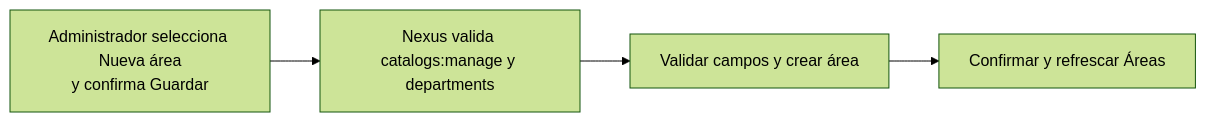
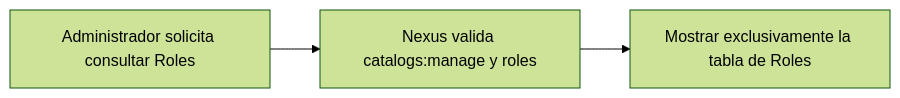
The diagram in docs/requirements/diagrams/catalogs/cu-cat-28.md (gpgsistemas01/nexus), drawn with Mermaid (forest theme) before and after one commit. The commit also changed other lines of this file and 207 other files, not shown here.

````diff
--- a/docs/requirements/diagrams/catalogs/cu-cat-28.md
+++ b/docs/requirements/diagrams/catalogs/cu-cat-28.md
@@ -3,6 +3,5 @@
 ```mermaid
 flowchart LR
-    request["Administrador selecciona Nueva área<br/>y confirma Guardar"] --> authorize["Nexus valida catalogs:manage y departments"]
-    authorize --> persist["Validar campos y crear área"]
-    persist --> result["Confirmar y refrescar Áreas"]
+    request["Administrador solicita consultar Roles"] --> authorize["Nexus valida catalogs:manage y roles"]
+    authorize --> result["Mostrar exclusivamente la tabla de Roles"]
 ```
````
